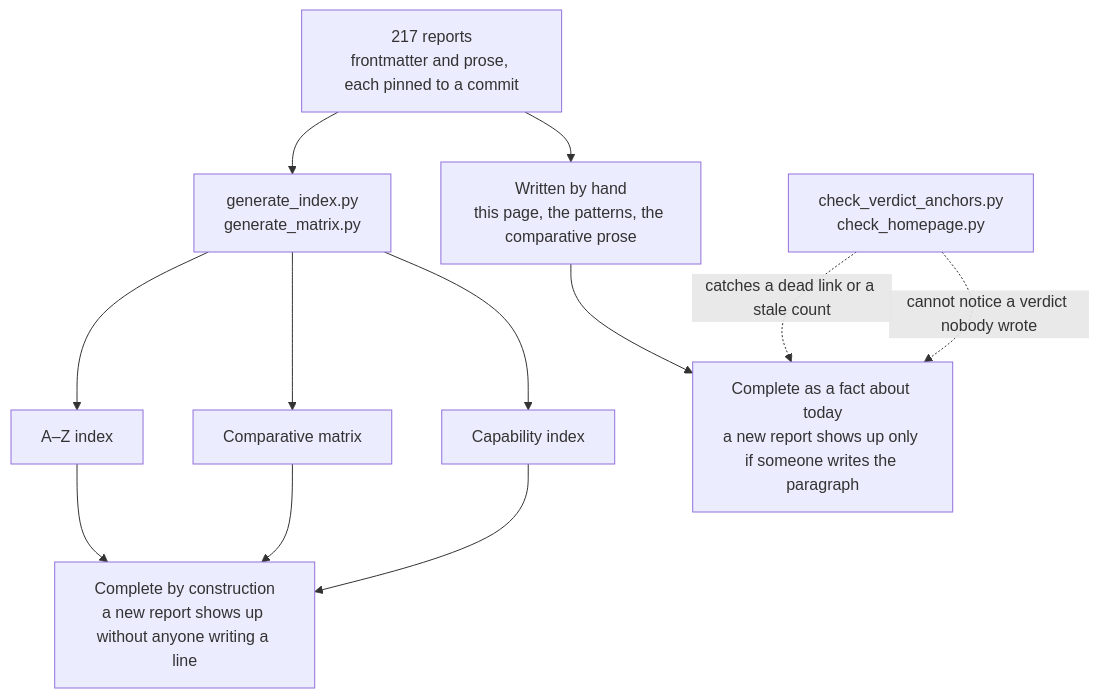
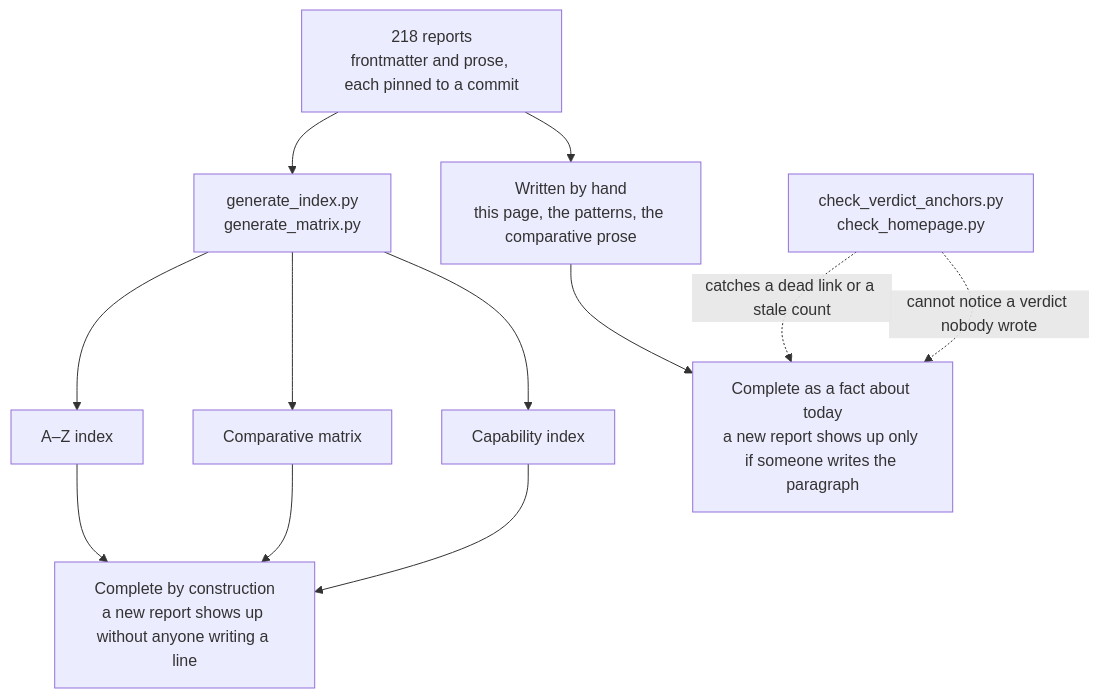
The diagram in content/verdicts.md (neoneye/agent-memory-atlas), drawn with Mermaid before and after one commit. The commit also changed other lines of this file and 20 other files, not shown here.

````diff
--- a/content/verdicts.md
+++ b/content/verdicts.md
@@ -40,15 +40,15 @@
 ```mermaid
 flowchart TD
-    R["217 reports<br/>frontmatter and prose, each pinned to a commit"]
+    R["218 reports<br/>frontmatter and prose, each pinned to a commit"]
     R --> GEN["generate_index.py<br/>generate_matrix.py"]
     R --> HAND["Written by hand<br/>this page, the patterns, the comparative prose"]
     GEN --> AZ["A–Z index"]
     GEN --> MX["Comparative matrix"]
     GEN --> CI["Capability index"]
     AZ --> CONST["Complete by construction<br/>a new report shows up without anyone writing a line"]
     MX --> CONST
     CI --> CONST
     HAND --> TODAY["Complete as a fact about today<br/>a new report shows up only if someone writes the paragraph"]
     CHK["check_verdict_anchors.py<br/>check_homepage.py"] -.->|"catches a dead link or a stale count"| TODAY
     CHK -.->|"cannot notice a verdict nobody wrote"| TODAY
 ```
````
